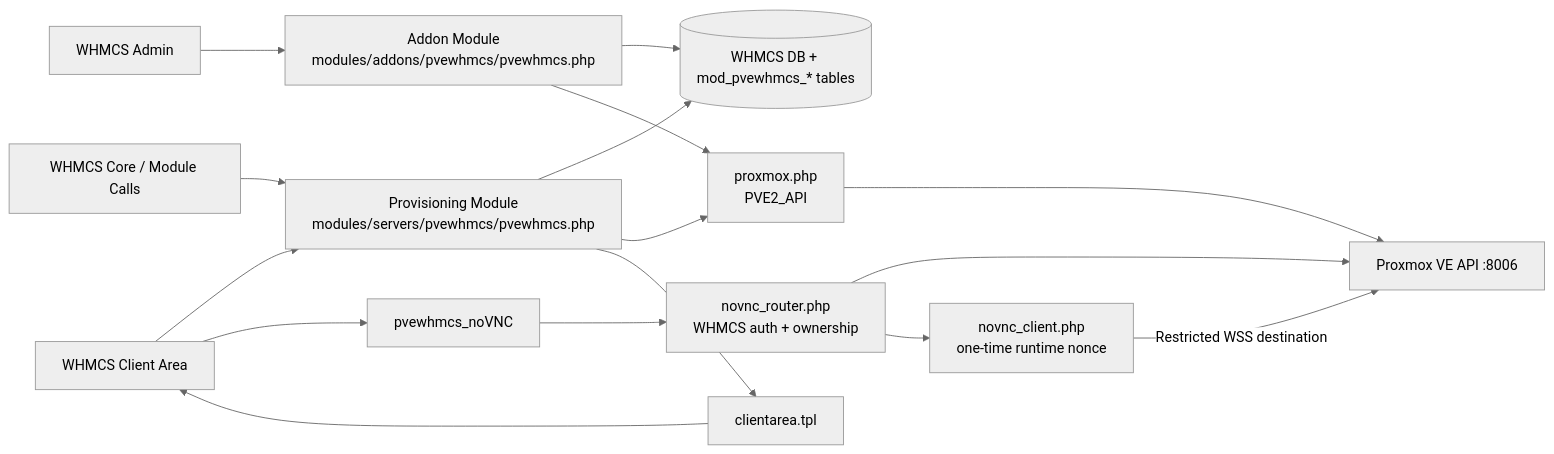
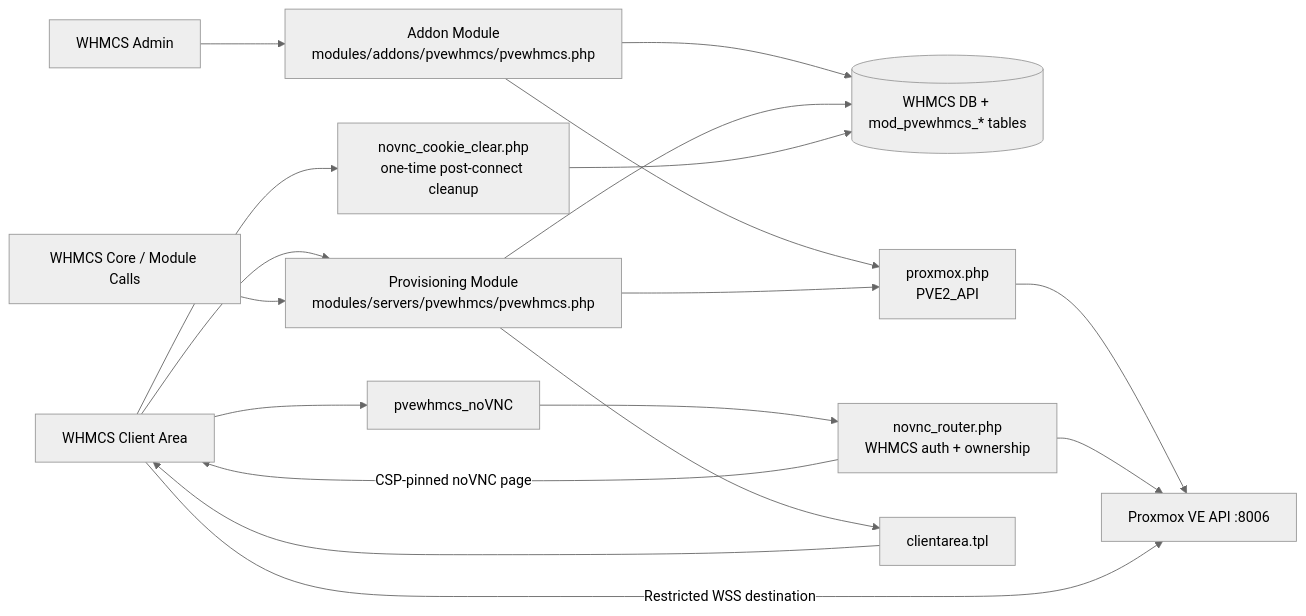
One commit to Meysam-sadeghi/Proxmox-VE-for-WHMCS changed the first of 3 diagrams in SYSTEM_MAP.md. Above: the diagram before and after it, drawn with Mermaid (neutral theme). The commit also changed other lines of this file and 5 other files, not shown here.

First line of the commit message:
security: minimize PVE console cookie lifetime

````diff
--- a/SYSTEM_MAP.md
+++ b/SYSTEM_MAP.md
@@ -62,22 +63,24 @@
 ```mermaid
 flowchart LR
     Admin[WHMCS Admin] --> Addon[Addon Module\nmodules/addons/pvewhmcs/pvewhmcs.php]
     Client[WHMCS Client Area] --> ServerModule[Provisioning Module\nmodules/servers/pvewhmcs/pvewhmcs.php]
     WHMCSCore[WHMCS Core / Module Calls] --> ServerModule
 
     Addon --> DB[(WHMCS DB + mod_pvewhmcs_* tables)]
     ServerModule --> DB
 
     Addon --> APIClient[proxmox.php\nPVE2_API]
     ServerModule --> APIClient
     APIClient --> PVE[Proxmox VE API :8006]
 
     Client --> NoVNCAction[pvewhmcs_noVNC]
     NoVNCAction --> Router[novnc_router.php\nWHMCS auth + ownership]
     Router --> PVE
-    Router --> BrowserNoVNC[novnc_client.php\none-time runtime nonce]
-    BrowserNoVNC -->|Restricted WSS destination| PVE
+    Router -->|CSP-pinned noVNC page| Client
+    Client -->|Restricted WSS destination| PVE
+    Client --> CookieClear[novnc_cookie_clear.php\none-time post-connect cleanup]
+    CookieClear --> DB
 
     ServerModule --> Template[clientarea.tpl]
     Template --> Client
 ```
````
